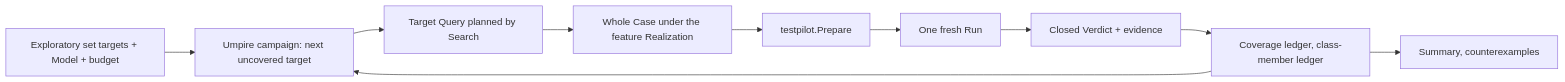
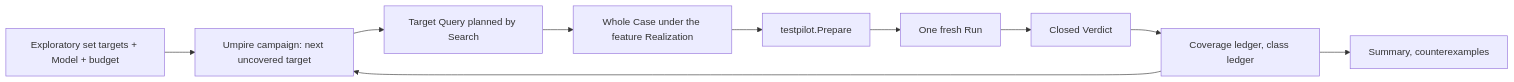
One commit to stephanos/temporal changed the diagram in .flow/specs/fn-33-run-serial-bounded-semantic-exploration.md. Above: the diagram before and after it, drawn with Mermaid. The commit also changed other lines of this file and 10 other files, not shown here.

First line of the commit message:
chore(flow): apply the fn-33 plan review

````diff
--- a/.flow/specs/fn-33-run-serial-bounded-semantic-exploration.md
+++ b/.flow/specs/fn-33-run-serial-bounded-semantic-exploration.md
@@ -19,12 +19,12 @@
 ```mermaid
 flowchart LR
   T[Exploratory set targets + Model + budget] --> B[Umpire campaign: next uncovered target]
   B --> Q[Target Query planned by Search]
   Q --> C[Whole Case under the feature Realization]
   C --> P[testpilot.Prepare]
   P --> R[One fresh Run]
-  R --> V[Closed Verdict + evidence]
-  V --> L[Coverage ledger, class-member ledger]
+  R --> V[Closed Verdict]
+  V --> L[Coverage ledger, class ledger]
   L --> B
   L --> O[Summary, counterexamples]
 ```
````
